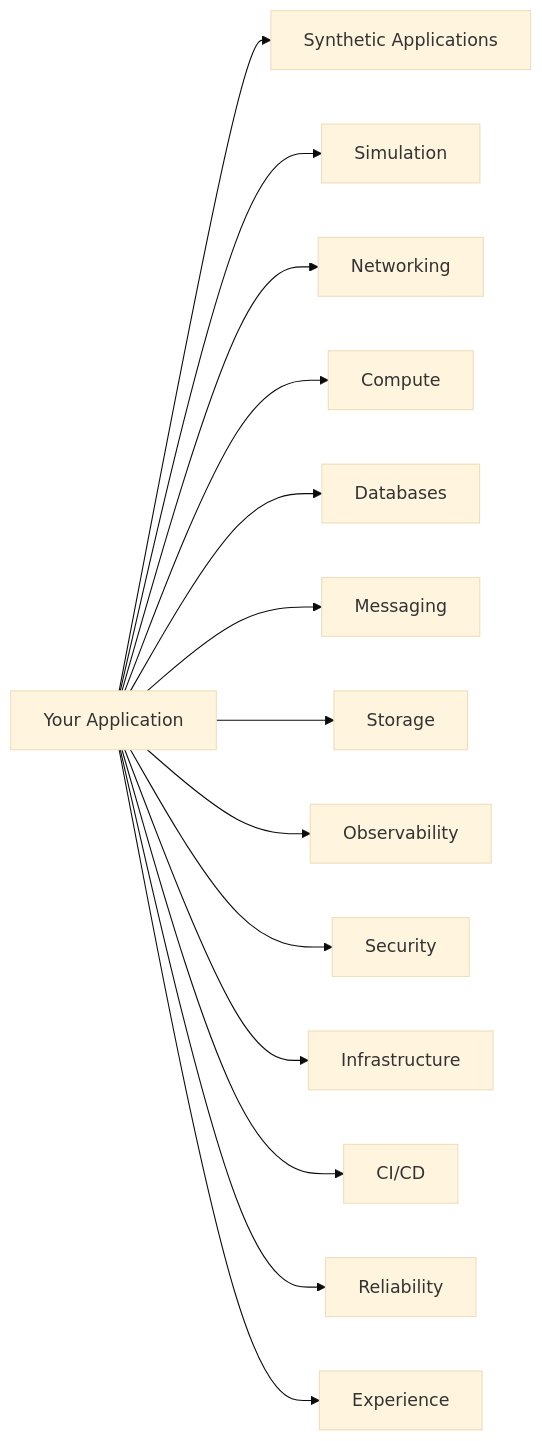
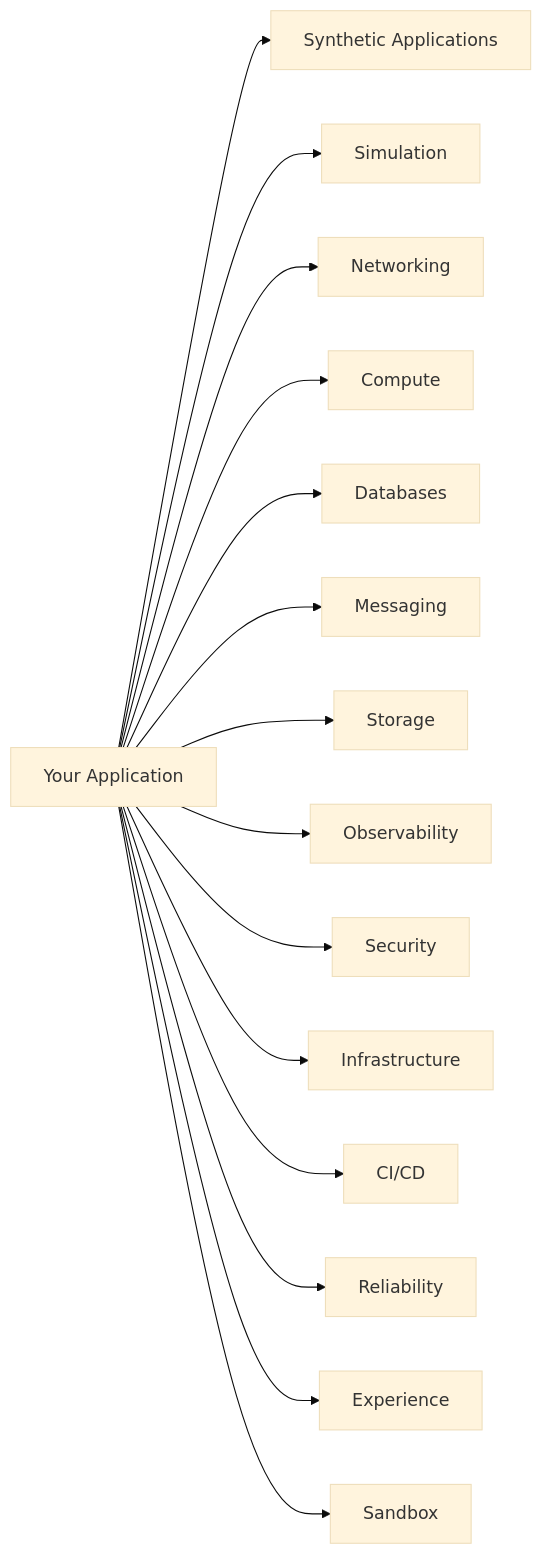
Before and after one commit to samin-al-wasee/production-simulator: the diagram in docs/component-catalog.md, drawn with Mermaid (base theme). The commit also changed other lines of this file and 13 other files, not shown here.

````diff
--- a/docs/component-catalog.md
+++ b/docs/component-catalog.md
@@ -11,17 +11,18 @@
 ```mermaid
 flowchart LR
     SA[Synthetic Applications]
     SIM[Simulation]
     NW[Networking]
     CP[Compute]
     DB[Databases]
     MS[Messaging]
     ST[Storage]
     OB[Observability]
     SE[Security]
     IN[Infrastructure]
     CI[CI/CD]
     RE[Reliability]
     EX[Experience]
-    APP[Your Application] --> SA & SIM & NW & CP & DB & MS & ST & OB & SE & IN & CI & RE & EX
+    SB[Sandbox]
+    APP[Your Application] --> SA & SIM & NW & CP & DB & MS & ST & OB & SE & IN & CI & RE & EX & SB
 ```
````
